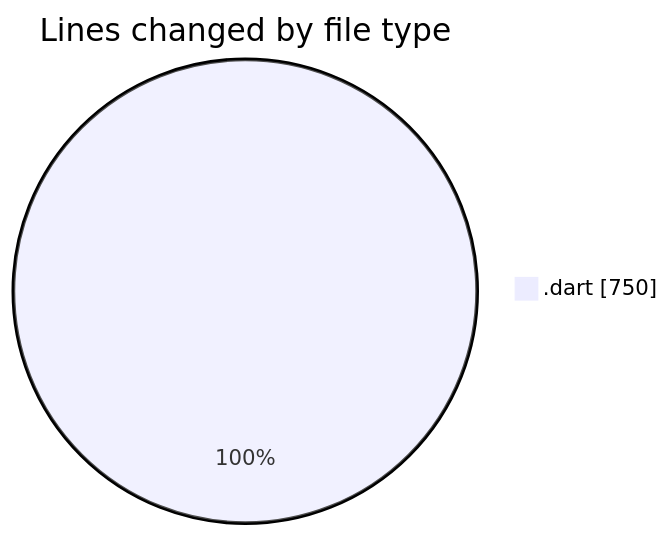
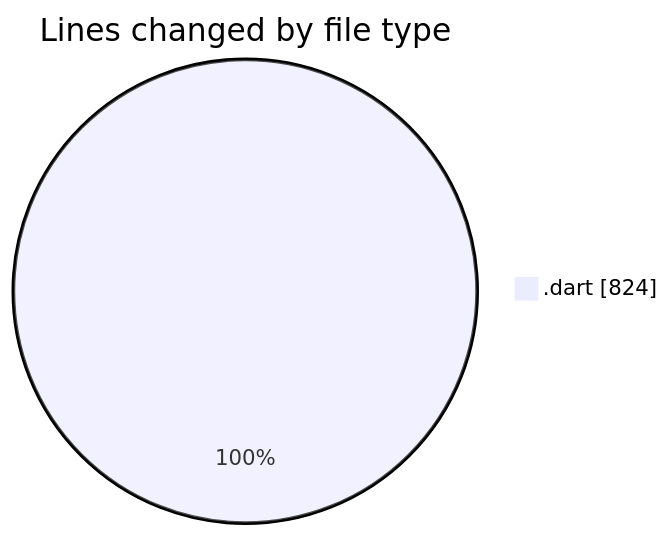
One commit to donsfak/code-tracking changed the first of 2 diagrams in 2025-02-25/trackers_app/README.md. Above: the diagram before and after it, drawn with Mermaid. The commit also changed other lines of this file and 1 other file, not shown here.

````diff
--- a/2025-02-25/trackers_app/README.md
+++ b/2025-02-25/trackers_app/README.md
@@ -23,5 +23,5 @@
 ```mermaid
 pie showData
 title Lines changed by file type
-".dart" : 750
+".dart" : 824
 ```
````
